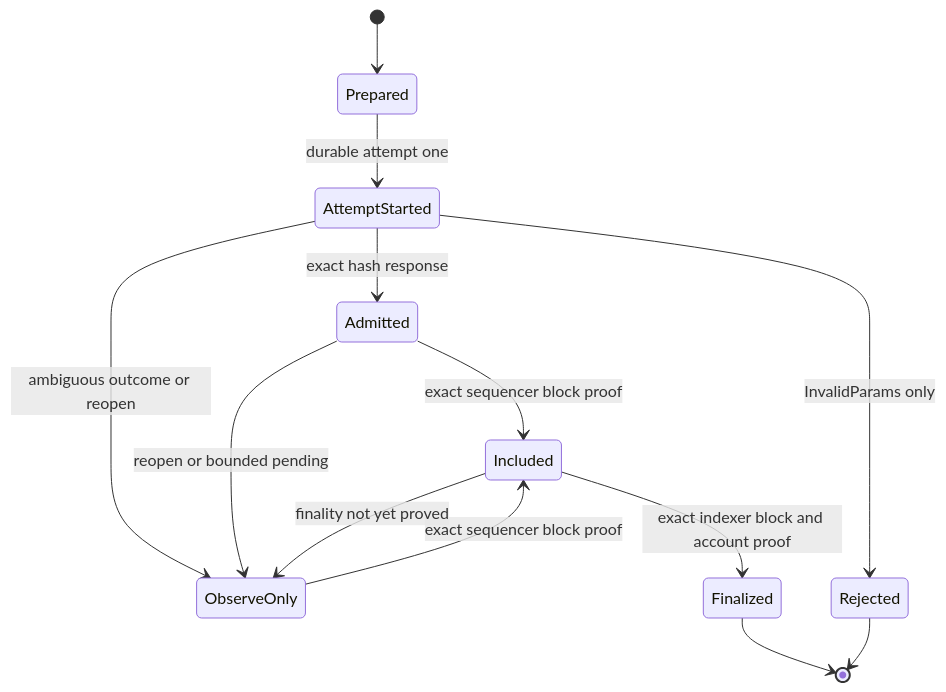
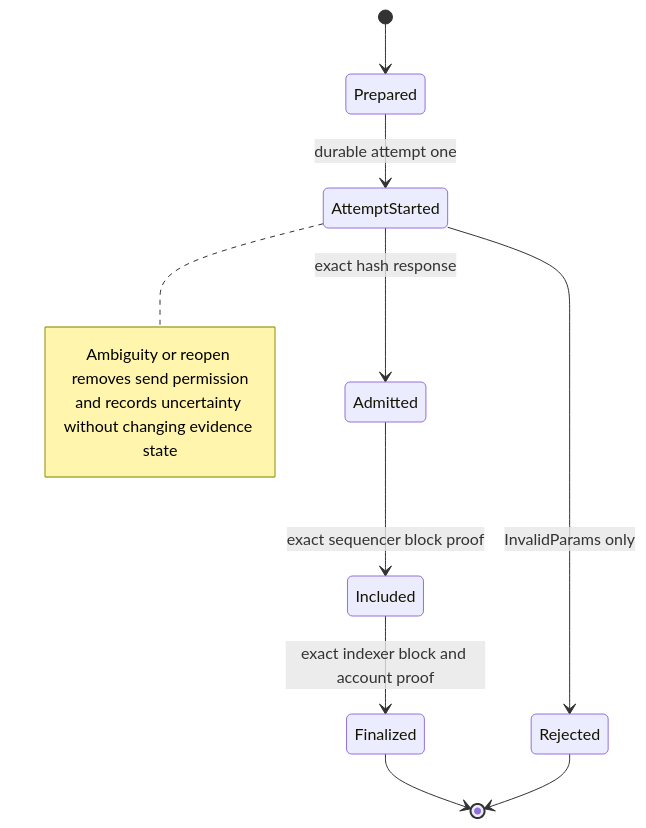
One commit to gateway-fm/lez-atomic-swaps changed the fourth of 4 diagrams in docs/architecture/0026-lez-v02-at-most-once-submission-and-query-finality.md. Above: the diagram before and after it, drawn with Mermaid. The commit also changed other lines of this file and 16 other files, not shown here.

````diff
--- a/docs/architecture/0026-lez-v02-at-most-once-submission-and-query-finality.md
+++ b/docs/architecture/0026-lez-v02-at-most-once-submission-and-query-finality.md
@@ -245,15 +280,16 @@
 ```mermaid
 stateDiagram-v2
     [*] --> Prepared
     Prepared --> AttemptStarted: durable attempt one
     AttemptStarted --> Admitted: exact hash response
-    AttemptStarted --> ObserveOnly: ambiguous outcome or reopen
     AttemptStarted --> Rejected: InvalidParams only
     Admitted --> Included: exact sequencer block proof
-    Admitted --> ObserveOnly: reopen or bounded pending
-    ObserveOnly --> Included: exact sequencer block proof
     Included --> Finalized: exact indexer block and account proof
-    Included --> ObserveOnly: finality not yet proved
     Finalized --> [*]
     Rejected --> [*]
+
+    note right of AttemptStarted
+        Ambiguity or reopen removes send permission
+        and records uncertainty without changing evidence state
+    end note
 ```
````
